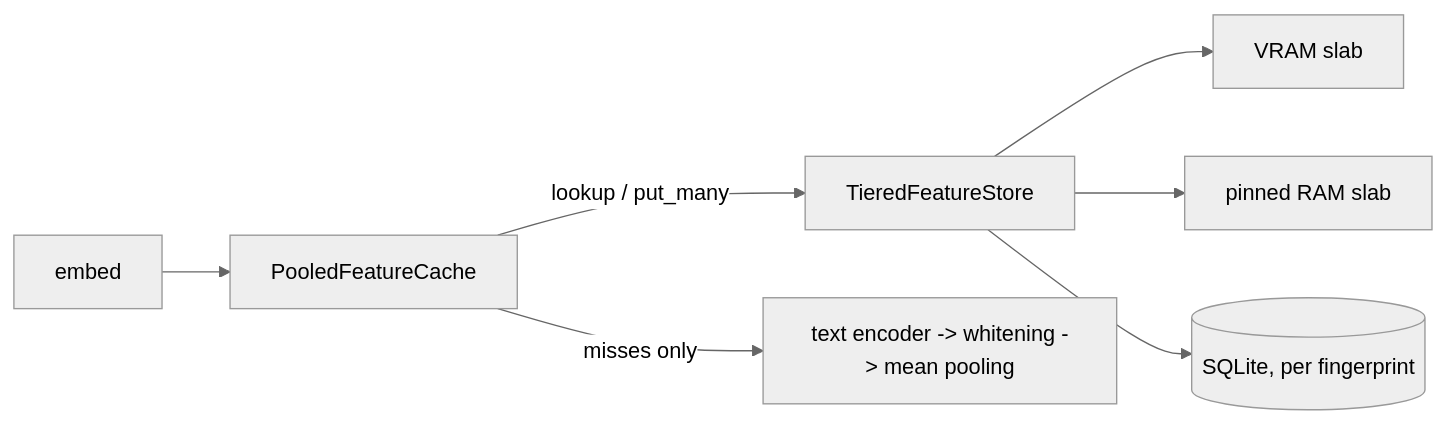
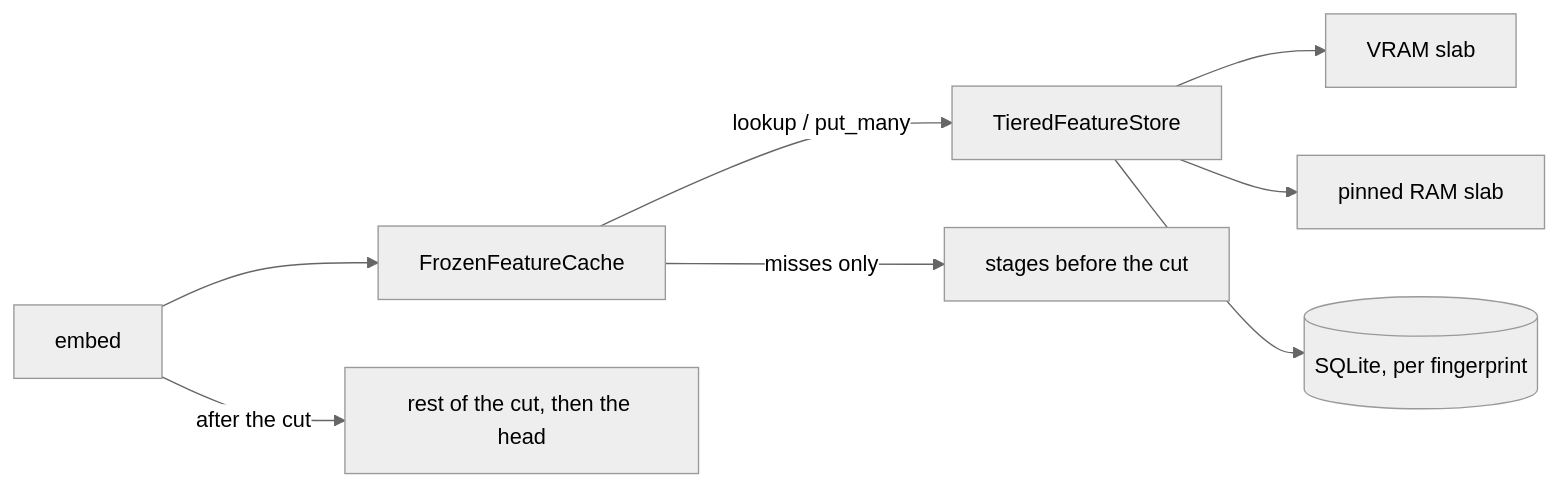
Before and after one commit to toon-leader-bacon/TradingCardGameEmbeddings: the diagram in src/encoder_model/feature_cache/README.md, drawn with Mermaid (neutral theme). The commit also changed other lines of this file and 41 other files, not shown here.

First line of the commit message:
Feature cache v1.3: token-level cut point and trainable text layers

````diff
--- a/src/encoder_model/feature_cache/README.md
+++ b/src/encoder_model/feature_cache/README.md
@@ -96,9 +131,10 @@
 ```mermaid
 flowchart LR
-    E[embed] --> C[PooledFeatureCache]
+    E[embed] --> C[FrozenFeatureCache]
     C -->|lookup / put_many| T[TieredFeatureStore]
     T --> V[VRAM slab]
     T --> R[pinned RAM slab]
     T --> D[(SQLite, per fingerprint)]
-    C -->|misses only| P[text encoder -> whitening -> mean pooling]
+    C -->|misses only| P[stages before the cut]
+    E -->|after the cut| L[rest of the cut, then the head]
 ```
````
